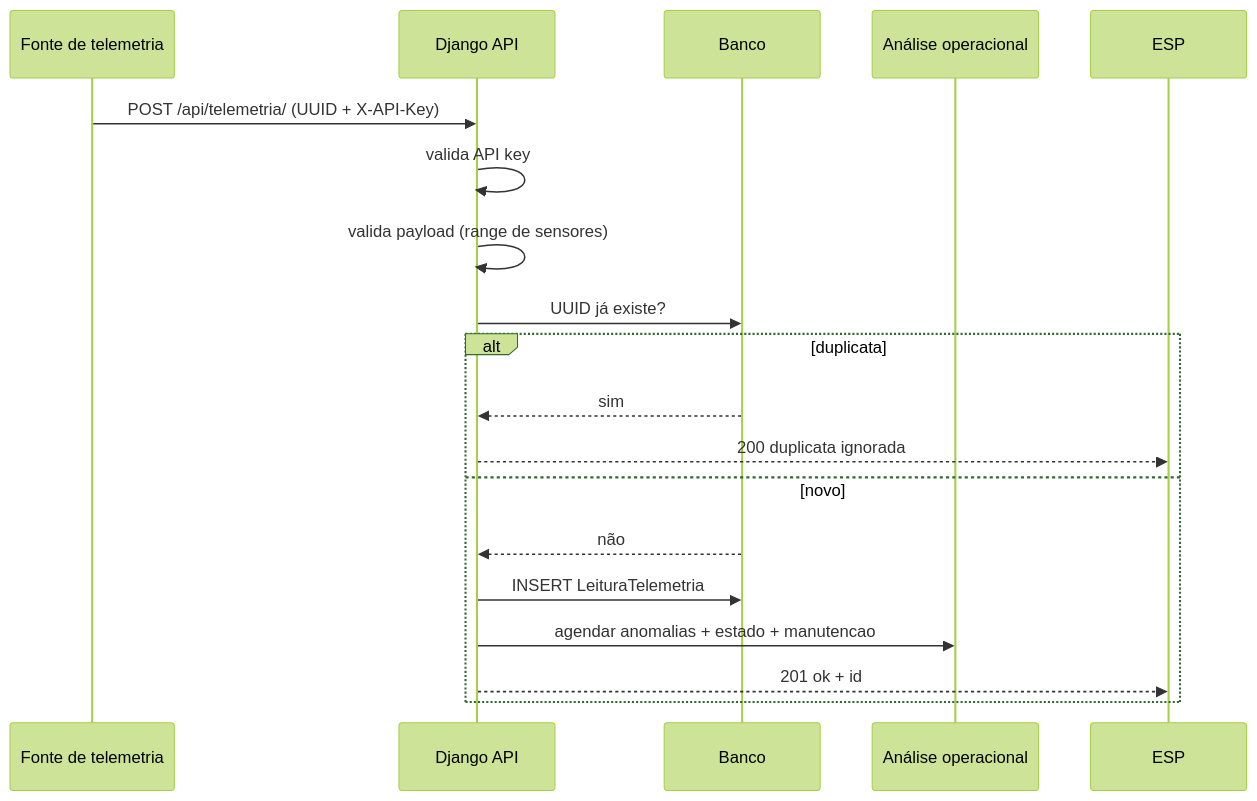
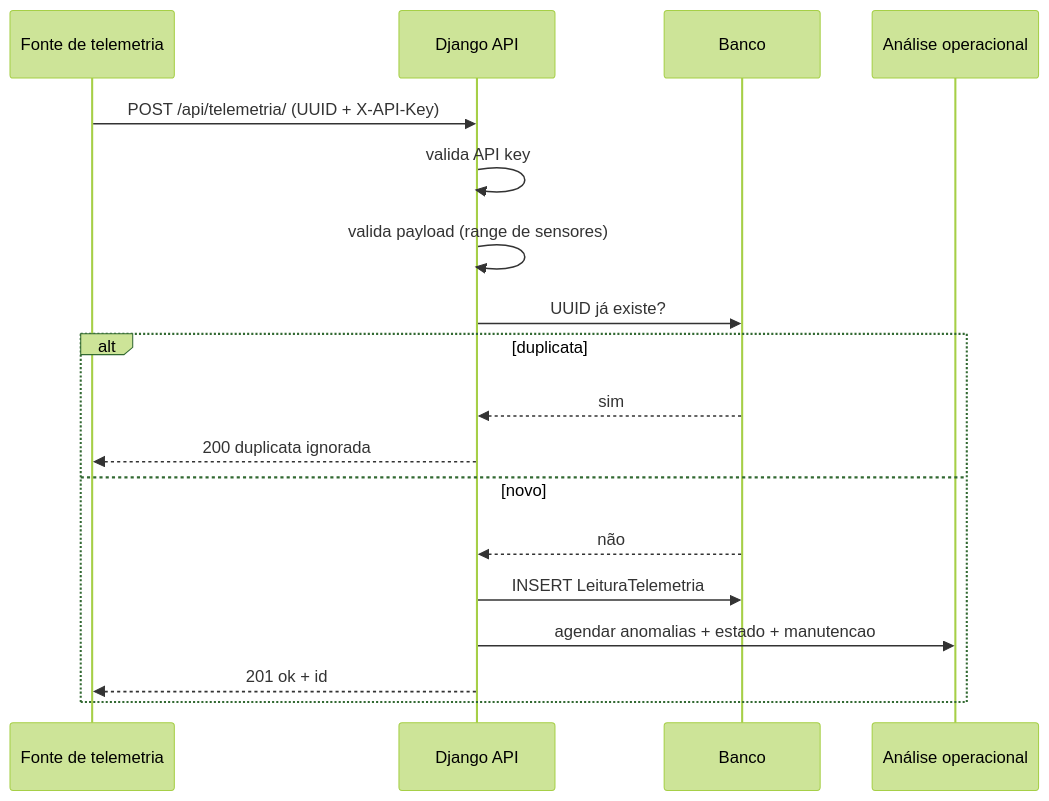
Before and after one commit to Desmantelar-bit/fieldnode: the second of 3 diagrams in README.md, drawn with Mermaid (forest theme). The commit also changed 4 other files, not shown here.

````diff
--- a/README.md
+++ b/README.md
@@ -40,21 +40,21 @@
 ```mermaid
 sequenceDiagram
     participant SOURCE as Fonte de telemetria
     participant API as Django API
     participant DB as Banco
     participant IA as Análise operacional
 
     SOURCE->>API: POST /api/telemetria/ (UUID + X-API-Key)
     API->>API: valida API key
     API->>API: valida payload (range de sensores)
     API->>DB: UUID já existe?
     alt duplicata
         DB-->>API: sim
-        API-->>ESP: 200 duplicata ignorada
+        API-->>SOURCE: 200 duplicata ignorada
     else novo
         DB-->>API: não
         API->>DB: INSERT LeituraTelemetria
         API->>IA: agendar anomalias + estado + manutencao
-        API-->>ESP: 201 ok + id
+        API-->>SOURCE: 201 ok + id
     end
 ```
````
